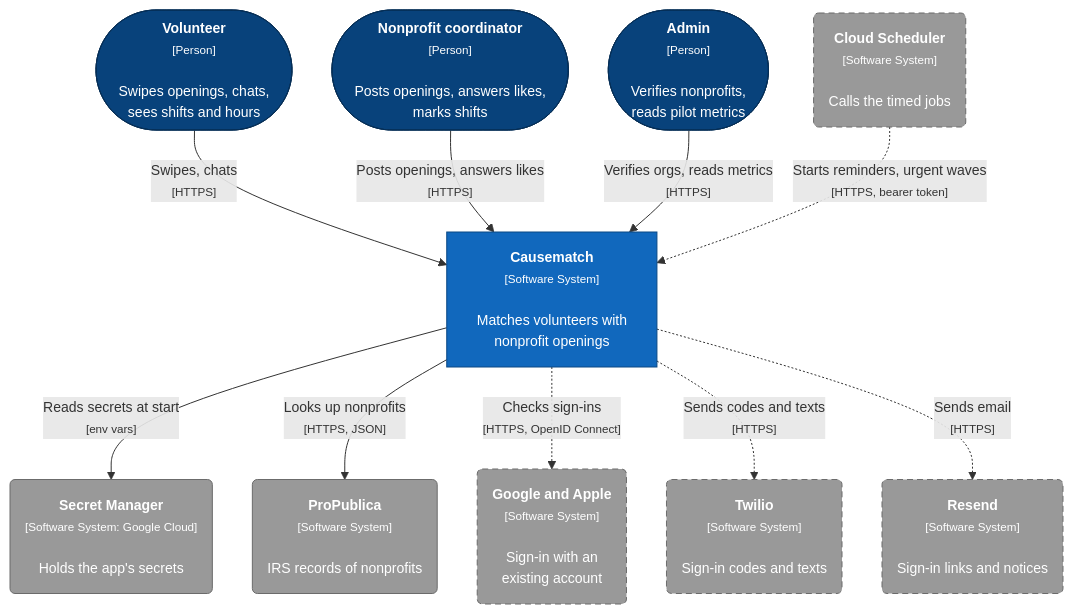
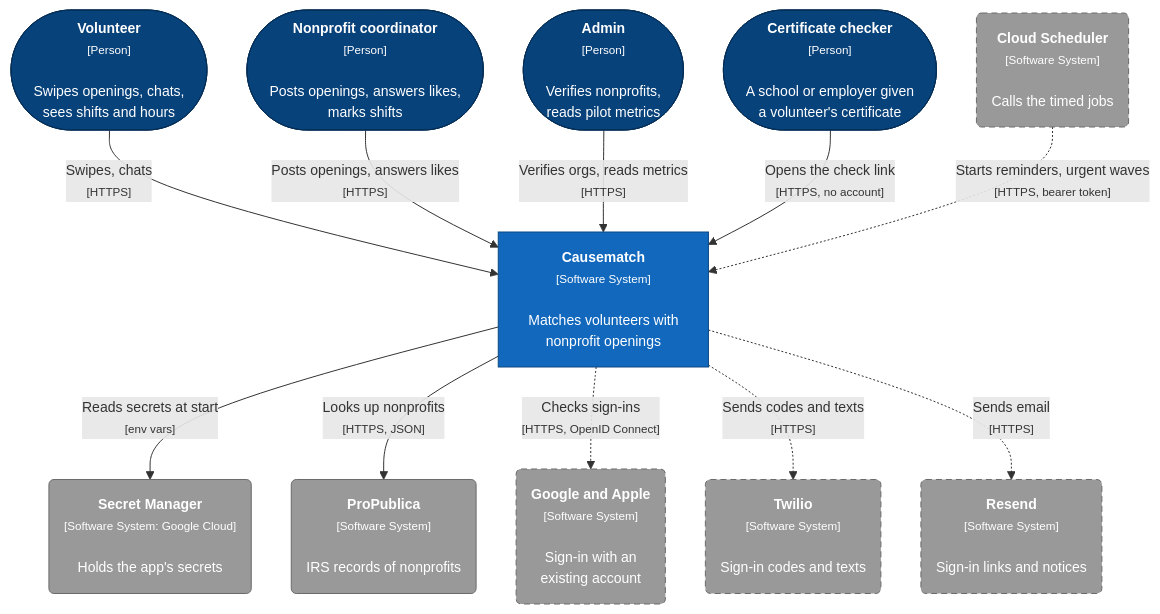
The second of 26 diagrams in docs/ARCHITECTURE.md (slegroux/causematch), drawn with Mermaid before and after one commit. The commit also changed other lines of this file, not shown here.

First line of the commit message:
Architecture doc: hours certificates, signing and the check link (#19)

````diff
--- a/docs/ARCHITECTURE.md
+++ b/docs/ARCHITECTURE.md
@@ -94,35 +99,37 @@
 ```mermaid
 %%{init: {"flowchart": {"curve": "basis", "nodeSpacing": 40, "rankSpacing": 60}, "themeVariables": {"fontFamily": "Helvetica, Arial, sans-serif", "fontSize": "14px"}}}%%
 flowchart TB
     vol(["<b>Volunteer</b><br/><small>[Person]</small><br/><br/>Swipes openings, chats,<br/>sees shifts and hours"])
     coord(["<b>Nonprofit coordinator</b><br/><small>[Person]</small><br/><br/>Posts openings, answers likes,<br/>marks shifts"])
     admin(["<b>Admin</b><br/><small>[Person]</small><br/><br/>Verifies nonprofits,<br/>reads pilot metrics"])
+    checker(["<b>Certificate checker</b><br/><small>[Person]</small><br/><br/>A school or employer given<br/>a volunteer's certificate"])
 
     cm["<b>Causematch</b><br/><small>[Software System]</small><br/><br/>Matches volunteers with<br/>nonprofit openings"]
 
     sm("<b>Secret Manager</b><br/><small>[Software System: Google Cloud]</small><br/><br/>Holds the app's secrets")
     pp("<b>ProPublica</b><br/><small>[Software System]</small><br/><br/>IRS records of nonprofits")
     idp("<b>Google and Apple</b><br/><small>[Software System]</small><br/><br/>Sign-in with an<br/>existing account")
     twilio("<b>Twilio</b><br/><small>[Software System]</small><br/><br/>Sign-in codes and texts")
     resend("<b>Resend</b><br/><small>[Software System]</small><br/><br/>Sign-in links and notices")
     sched("<b>Cloud Scheduler</b><br/><small>[Software System]</small><br/><br/>Calls the timed jobs")
 
     vol -- "Swipes, chats<br/><small>[HTTPS]</small>" --> cm
     coord -- "Posts openings, answers likes<br/><small>[HTTPS]</small>" --> cm
     admin -- "Verifies orgs, reads metrics<br/><small>[HTTPS]</small>" --> cm
+    checker -- "Opens the check link<br/><small>[HTTPS, no account]</small>" --> cm
     cm -- "Reads secrets at start<br/><small>[env vars]</small>" --> sm
     cm -- "Looks up nonprofits<br/><small>[HTTPS, JSON]</small>" --> pp
     cm -. "Checks sign-ins<br/><small>[HTTPS, OpenID Connect]</small>" .-> idp
     cm -. "Sends codes and texts<br/><small>[HTTPS]</small>" .-> twilio
     cm -. "Sends email<br/><small>[HTTPS]</small>" .-> resend
     sched -. "Starts reminders, urgent waves<br/><small>[HTTPS, bearer token]</small>" .-> cm
 
     classDef person fill:#08427b,stroke:#052e56,color:#ffffff
     classDef system fill:#1168bd,stroke:#0b4884,color:#ffffff
     classDef external fill:#999999,stroke:#6b6b6b,color:#ffffff
     classDef planned fill:#999999,stroke:#6b6b6b,color:#ffffff,stroke-dasharray:6 4
-    class vol,coord,admin person
+    class vol,coord,admin,checker person
     class cm system
     class sm,pp external
     class idp,twilio,resend,sched planned
 ```
````
